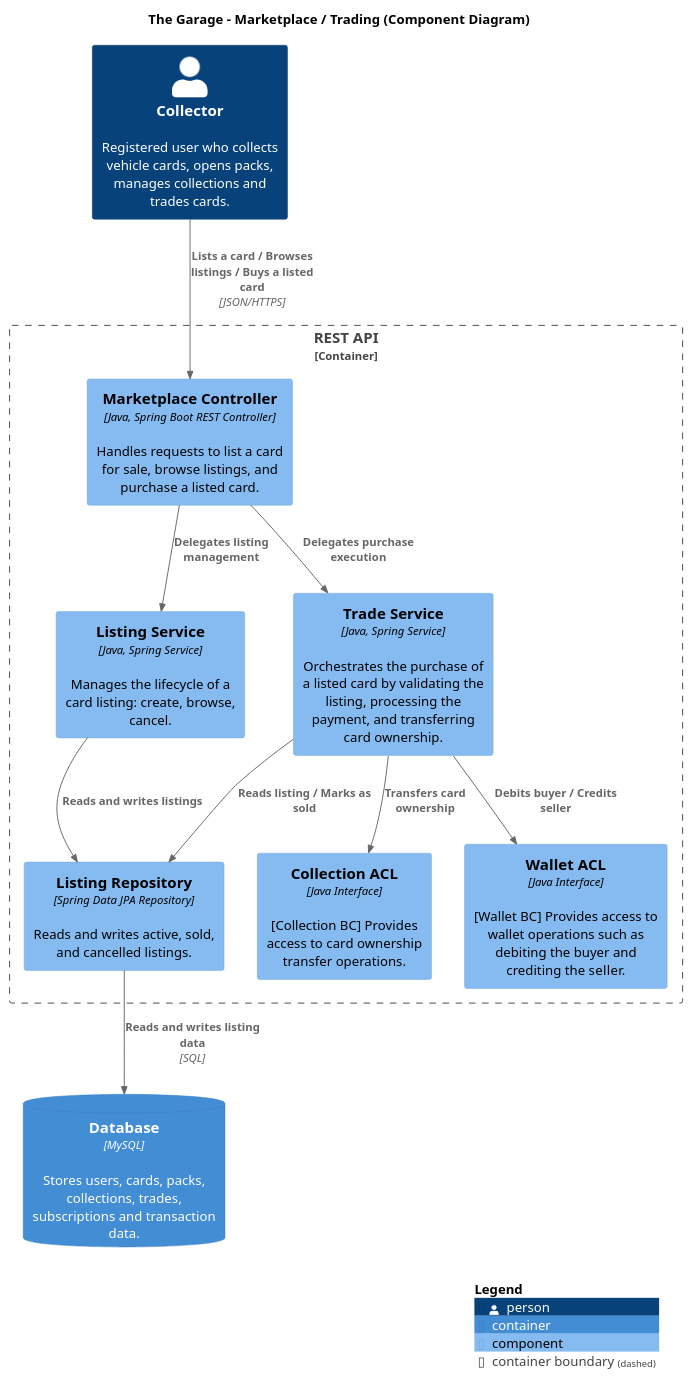
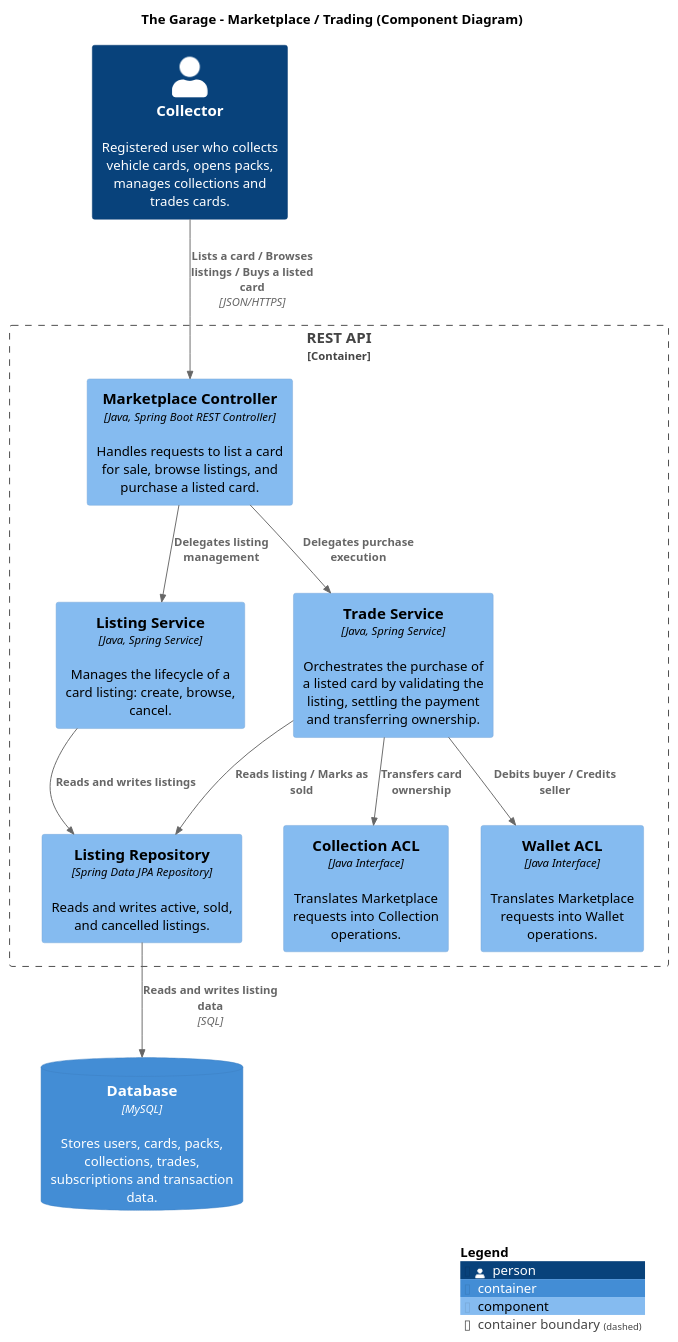
One commit to the-garage-studio/the-garage-c4-model-design changed the diagram in diagrams/ComponentDiagrams/Marketplace-ComponentDiagram.puml. Above: the diagram before and after it, drawn with PlantUML. The commit also changed 7 other files, not shown here.

Commit message:
feat: update the components diagrams

```diff
--- a/diagrams/ComponentDiagrams/Marketplace-ComponentDiagram.puml
+++ b/diagrams/ComponentDiagrams/Marketplace-ComponentDiagram.puml
@@ -1,42 +1,42 @@
 @startuml Marketplace-ComponentDiagram
 !include https://raw.githubusercontent.com/plantuml-stdlib/C4-PlantUML/master/C4_Component.puml
 
 LAYOUT_WITH_LEGEND()
 
 title The Garage - Marketplace / Trading (Component Diagram)
 
 Person(collector, "Collector", "Registered user who collects vehicle cards, opens packs, manages collections and trades cards.")
 
 Container_Boundary(api, "REST API") {
 
     Component(marketplace_controller, "Marketplace Controller", "Java, Spring Boot REST Controller", "Handles requests to list a card for sale, browse listings, and purchase a listed card.")
 
     Component(listing_service, "Listing Service", "Java, Spring Service", "Manages the lifecycle of a card listing: create, browse, cancel.")
-    Component(trade_service, "Trade Service", "Java, Spring Service", "Orchestrates the purchase of a listed card by validating the listing, processing the payment, and transferring card ownership.")
+    Component(trade_service, "Trade Service", "Java, Spring Service", "Orchestrates the purchase of a listed card by validating the listing, settling the payment and transferring ownership.")
 
-    Component(wallet_acl, "Wallet ACL", "Java Interface", "[Wallet BC] Provides access to wallet operations such as debiting the buyer and crediting the seller.")
+    Component(wallet_acl, "Wallet ACL", "Java Interface", "Translates Marketplace requests into Wallet operations.")
 
-    Component(collection_acl, "Collection ACL", "Java Interface", "[Collection BC] Provides access to card ownership transfer operations.")
+    Component(collection_acl, "Collection ACL", "Java Interface", "Translates Marketplace requests into Collection operations.")
 
     Component(listing_repository, "Listing Repository", "Spring Data JPA Repository", "Reads and writes active, sold, and cancelled listings.")
 }
 
 ContainerDb(database, "Database", "MySQL", "Stores users, cards, packs, collections, trades, subscriptions and transaction data.")
 
 Rel(collector, marketplace_controller, "Lists a card / Browses listings / Buys a listed card", "JSON/HTTPS")
 
 Rel(marketplace_controller, listing_service, "Delegates listing management")
 Rel(marketplace_controller, trade_service, "Delegates purchase execution")
 
 Rel(listing_service, listing_repository, "Reads and writes listings")
 
 Rel(trade_service, listing_repository, "Reads listing / Marks as sold")
 
 Rel(trade_service, wallet_acl, "Debits buyer / Credits seller")
 
 Rel(trade_service, collection_acl, "Transfers card ownership")
 
 Rel(listing_repository, database, "Reads and writes listing data", "SQL")
 
 SHOW_LEGEND()
 @enduml
```
